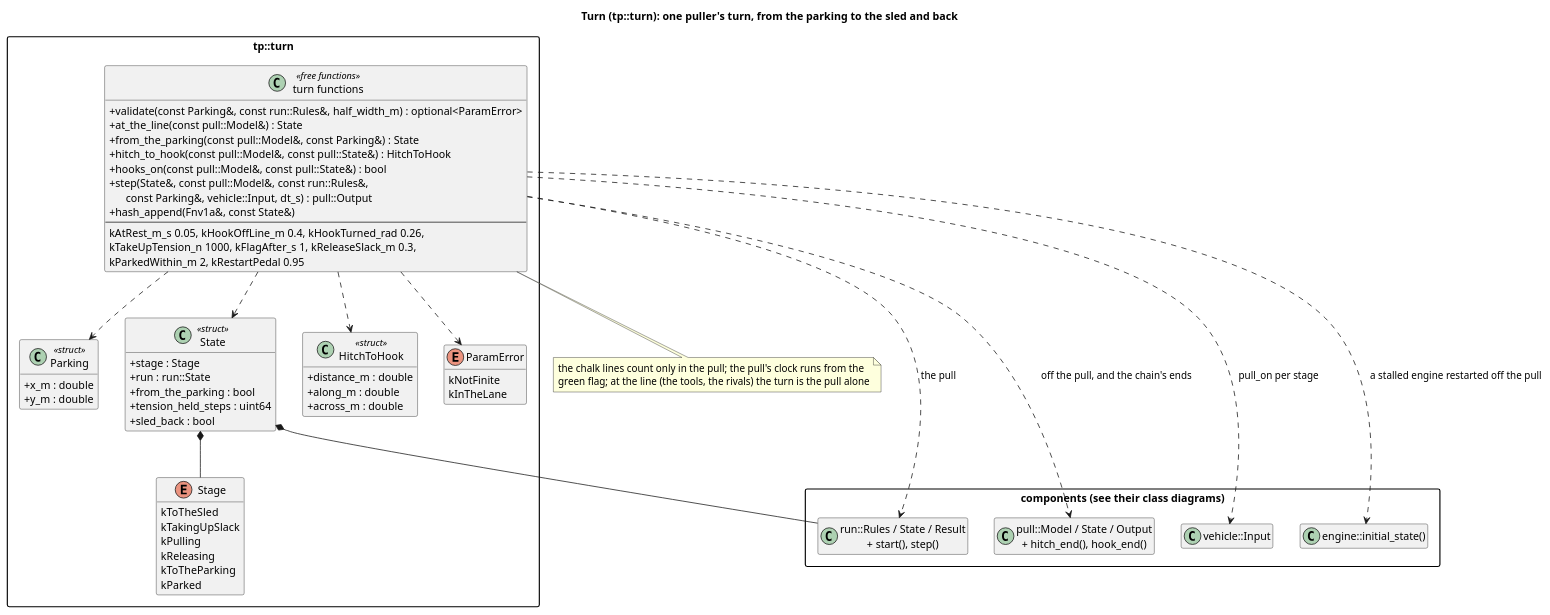
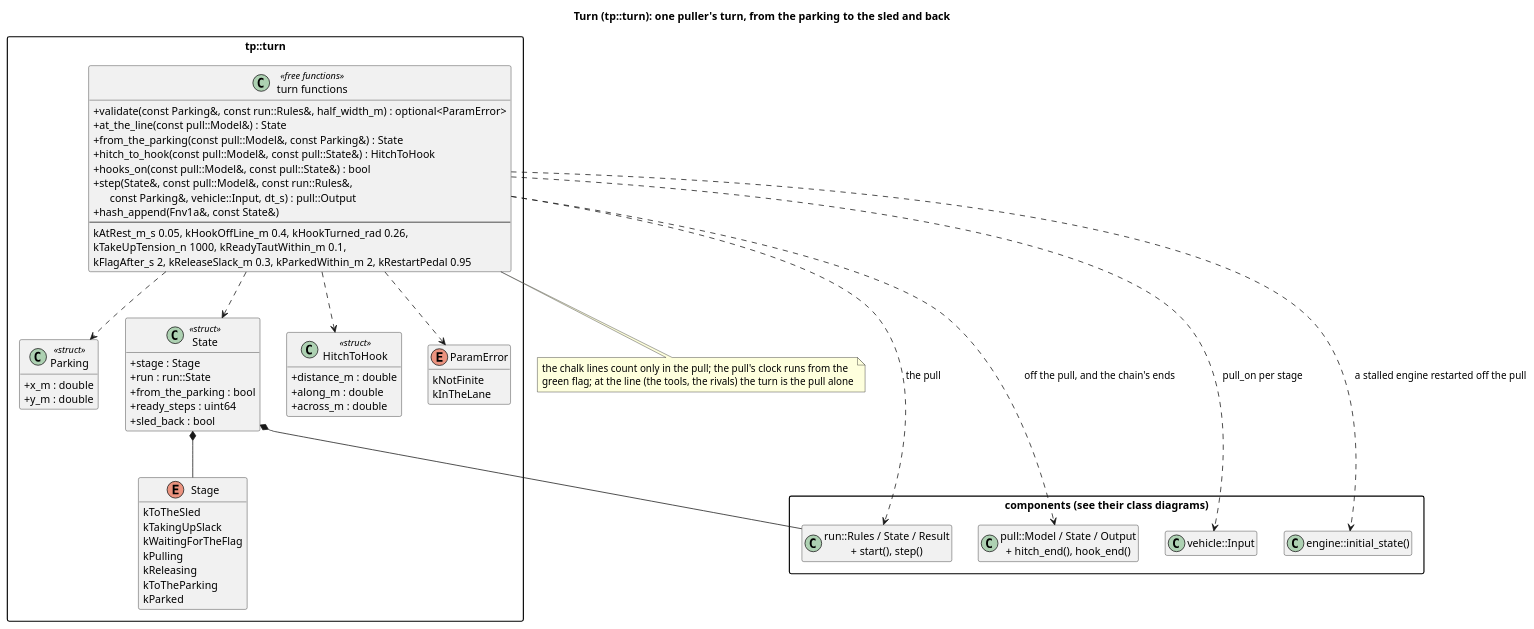
One commit to wversteeg/TractorPulling changed the diagram in docs/diagrams/turn_classes.puml. Above: the diagram before and after it, drawn with PlantUML. The commit also changed 15 other files, not shown here.

First line of the commit message:
Stand ready for the green flag instead of creeping into the pull

```diff
--- a/docs/diagrams/turn_classes.puml
+++ b/docs/diagrams/turn_classes.puml
@@ -1,71 +1,72 @@
 @startuml turn_classes
 title Turn (tp::turn): one puller's turn, from the parking to the sled and back
 hide empty members
 skinparam packageStyle rectangle
 skinparam classAttributeIconSize 0
 
 package "components (see their class diagrams)" {
   class "run::Rules / State / Result\n+ start(), step()" as Run
   class "pull::Model / State / Output\n+ hitch_end(), hook_end()" as Pull
   class "vehicle::Input" as Input
   class "engine::initial_state()" as Engine
 }
 
 package "tp::turn" {
   enum Stage {
     kToTheSled
     kTakingUpSlack
+    kWaitingForTheFlag
     kPulling
     kReleasing
     kToTheParking
     kParked
   }
   class Parking <<struct>> {
     +x_m : double
     +y_m : double
   }
   class State <<struct>> {
     +stage : Stage
     +run : run::State
     +from_the_parking : bool
-    +tension_held_steps : uint64
+    +ready_steps : uint64
     +sled_back : bool
   }
   class HitchToHook <<struct>> {
     +distance_m : double
     +along_m : double
     +across_m : double
   }
   enum ParamError {
     kNotFinite
     kInTheLane
   }
   class "turn functions" as TurnFns <<free functions>> {
     +validate(const Parking&, const run::Rules&, half_width_m) : optional<ParamError>
     +at_the_line(const pull::Model&) : State
     +from_the_parking(const pull::Model&, const Parking&) : State
     +hitch_to_hook(const pull::Model&, const pull::State&) : HitchToHook
     +hooks_on(const pull::Model&, const pull::State&) : bool
     +step(State&, const pull::Model&, const run::Rules&,\n      const Parking&, vehicle::Input, dt_s) : pull::Output
     +hash_append(Fnv1a&, const State&)
     --
     kAtRest_m_s 0.05, kHookOffLine_m 0.4, kHookTurned_rad 0.26,
-    kTakeUpTension_n 1000, kFlagAfter_s 1, kReleaseSlack_m 0.3,
-    kParkedWithin_m 2, kRestartPedal 0.95
+    kTakeUpTension_n 1000, kReadyTautWithin_m 0.1,
+    kFlagAfter_s 2, kReleaseSlack_m 0.3, kParkedWithin_m 2, kRestartPedal 0.95
   }
   State *-- Stage
   TurnFns ..> State
   TurnFns ..> Parking
   TurnFns ..> HitchToHook
   TurnFns ..> ParamError
 }
 State *-- Run
 TurnFns ..> Run : the pull
 TurnFns ..> Pull : off the pull, and the chain's ends
 TurnFns ..> Input : pull_on per stage
 TurnFns ..> Engine : a stalled engine restarted off the pull
 note bottom of TurnFns
   the chalk lines count only in the pull; the pull's clock runs from the
   green flag; at the line (the tools, the rivals) the turn is the pull alone
 end note
 @enduml
```
